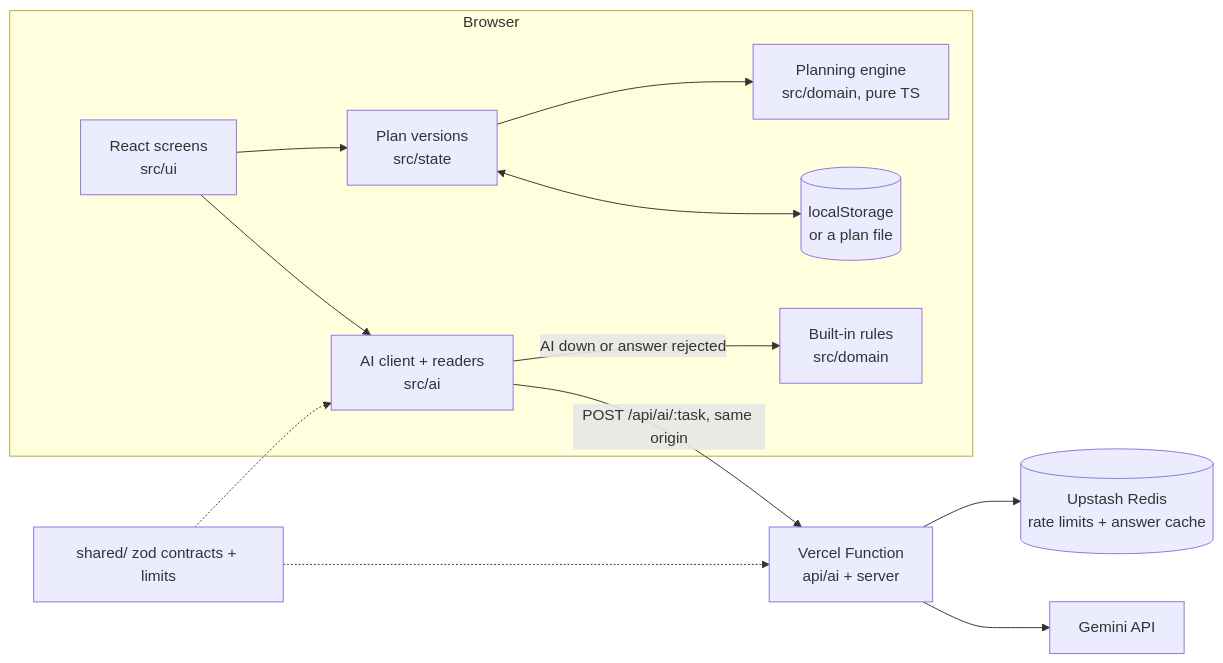
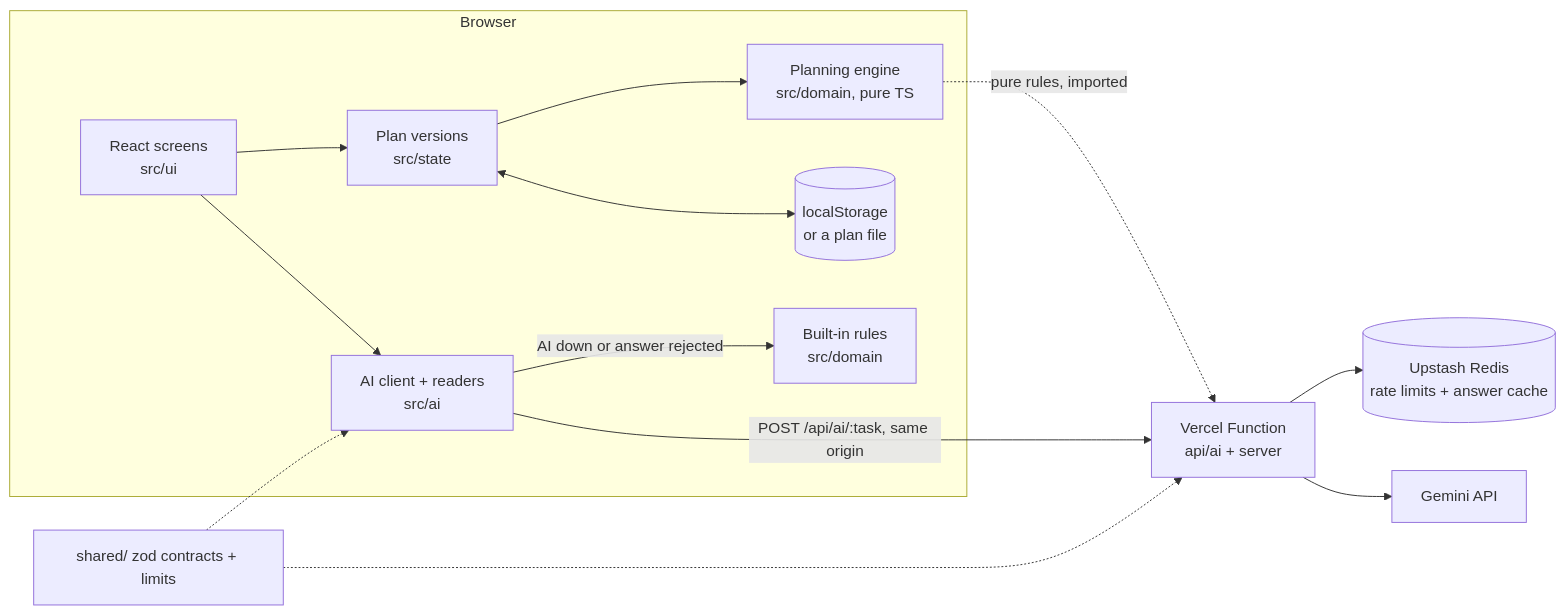
The second of 2 diagrams in README.md (Shreekumar-Shah-AICTE/Bandobast-Event-Planner), drawn with Mermaid before and after one commit. The commit also changed other lines of this file and 4 other files, not shown here.

````diff
--- a/README.md
+++ b/README.md
@@ -97,15 +97,16 @@
 ```mermaid
 flowchart LR
   subgraph Browser
     UI[React screens<br/>src/ui] --> State[Plan versions<br/>src/state]
     State --> Engine[Planning engine<br/>src/domain, pure TS]
     UI --> Client[AI client + readers<br/>src/ai]
     Client -->|AI down or answer rejected| Rules[Built-in rules<br/>src/domain]
     State <--> LS[(localStorage<br/>or a plan file)]
   end
   Client -->|POST /api/ai/:task, same origin| Fn[Vercel Function<br/>api/ai + server]
   Fn --> Limits[(Upstash Redis<br/>rate limits + answer cache)]
   Fn --> Gemini[Gemini API]
   Shared[shared/ zod contracts + limits] -.-> Client
   Shared -.-> Fn
+  Engine -.->|pure rules, imported| Fn
 ```
````
